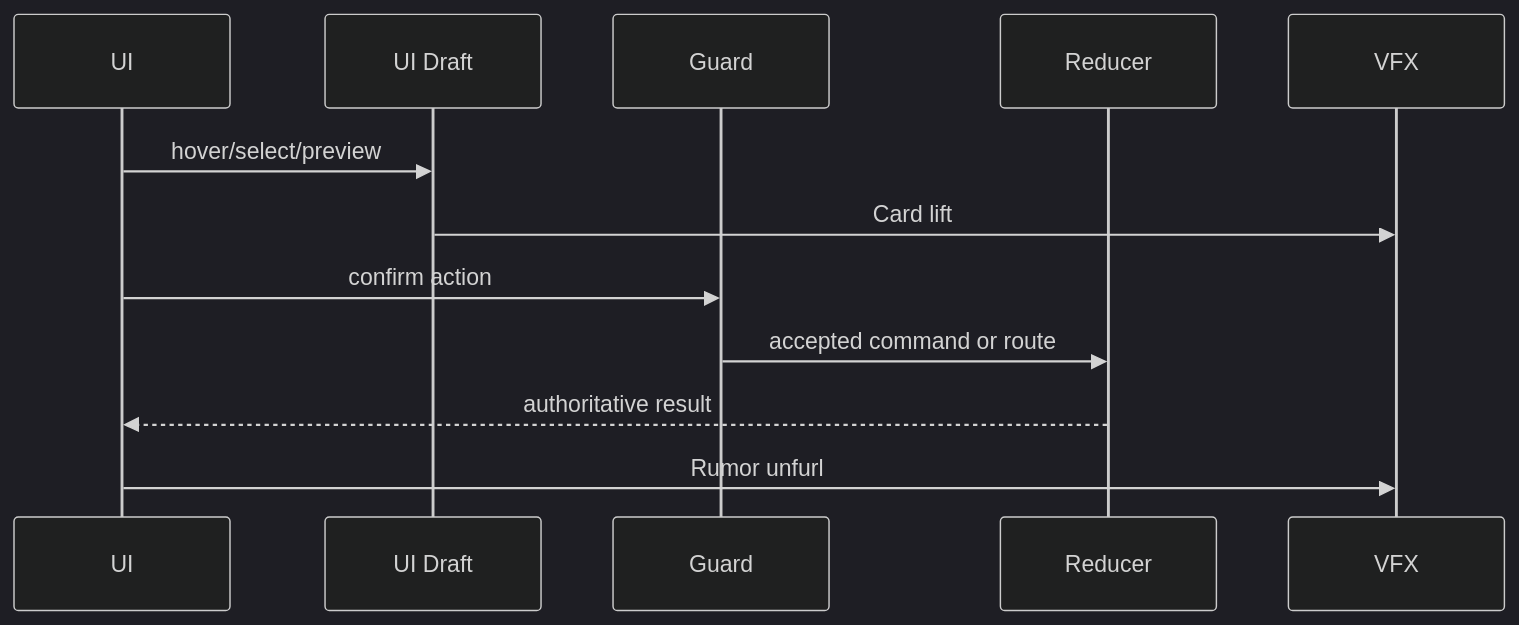
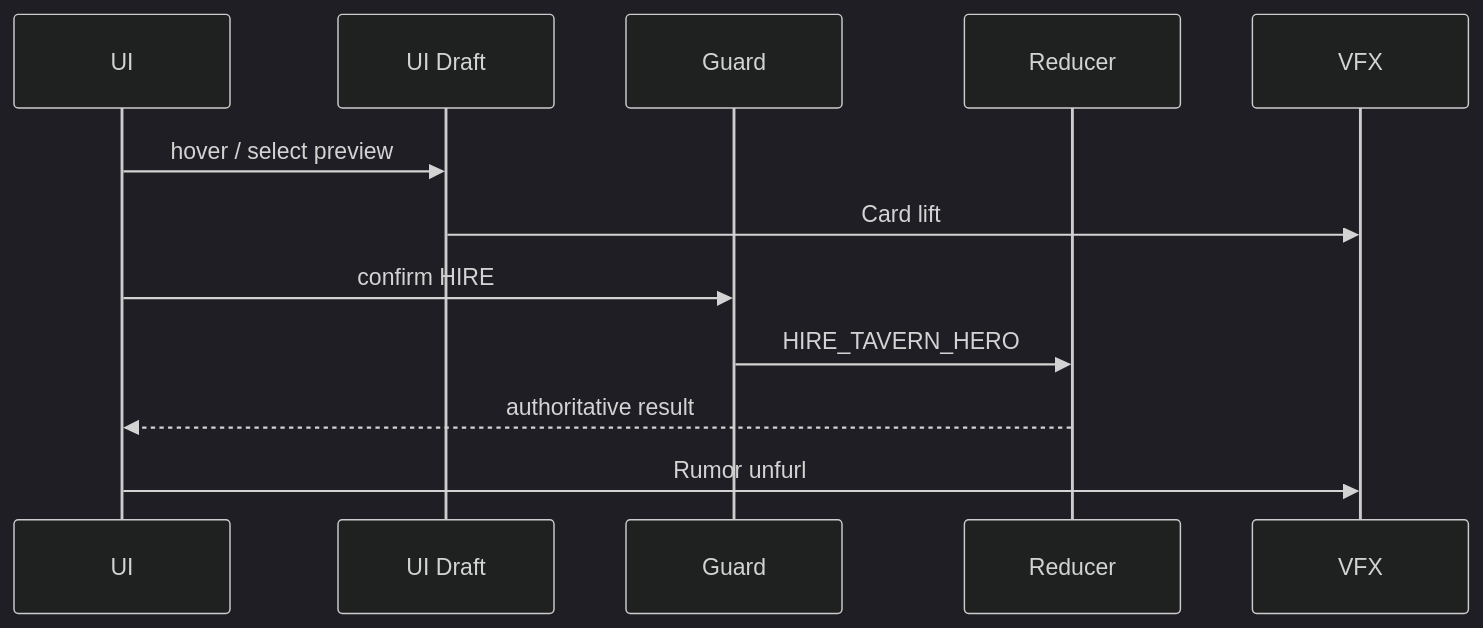
One commit to SunaNoOshiro/Heroes_Reforged_AI_Realms changed the fourth of 5 diagrams in docs/architecture/wiki/screens/28-tavern/architecture.md. Above: the diagram before and after it, drawn with Mermaid (dark theme). The commit also changed other lines of this file and 518 other files, not shown here.

First line of the commit message:
Add doc-audit skill and sweep architecture/screen docs

````diff
--- a/docs/architecture/wiki/screens/28-tavern/architecture.md
+++ b/docs/architecture/wiki/screens/28-tavern/architecture.md
@@ -54,14 +64,14 @@
 ```mermaid
 sequenceDiagram
   participant UI
   participant Draft as UI Draft
   participant Guard
   participant Reducer
   participant VFX
-  UI->>Draft: hover/select/preview
+  UI->>Draft: hover / select preview
   Draft->>VFX: Card lift
-  UI->>Guard: confirm action
-  Guard->>Reducer: accepted command or route
+  UI->>Guard: confirm HIRE
+  Guard->>Reducer: HIRE_TAVERN_HERO
   Reducer-->>UI: authoritative result
   UI->>VFX: Rumor unfurl
 ```
````
